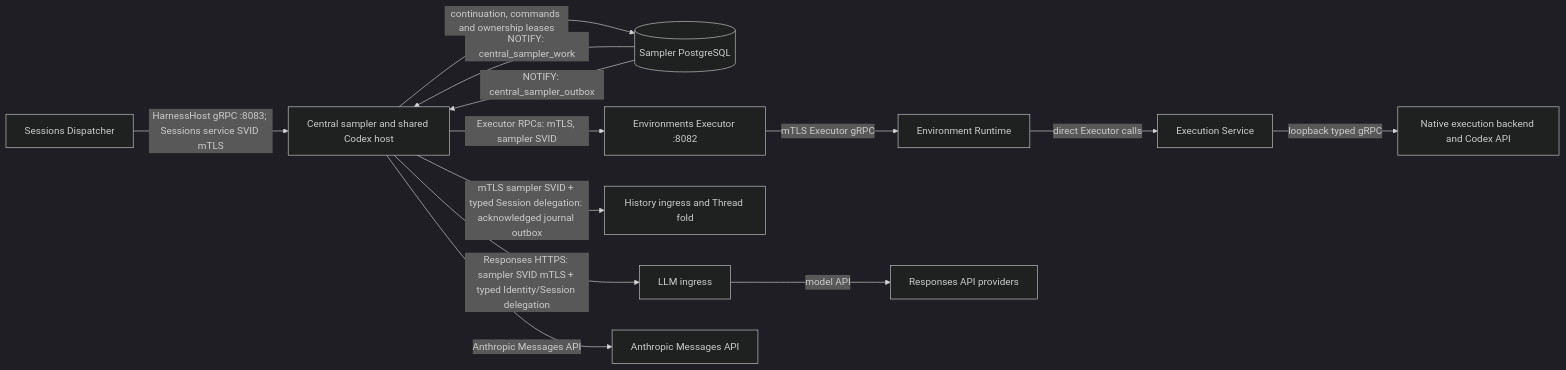
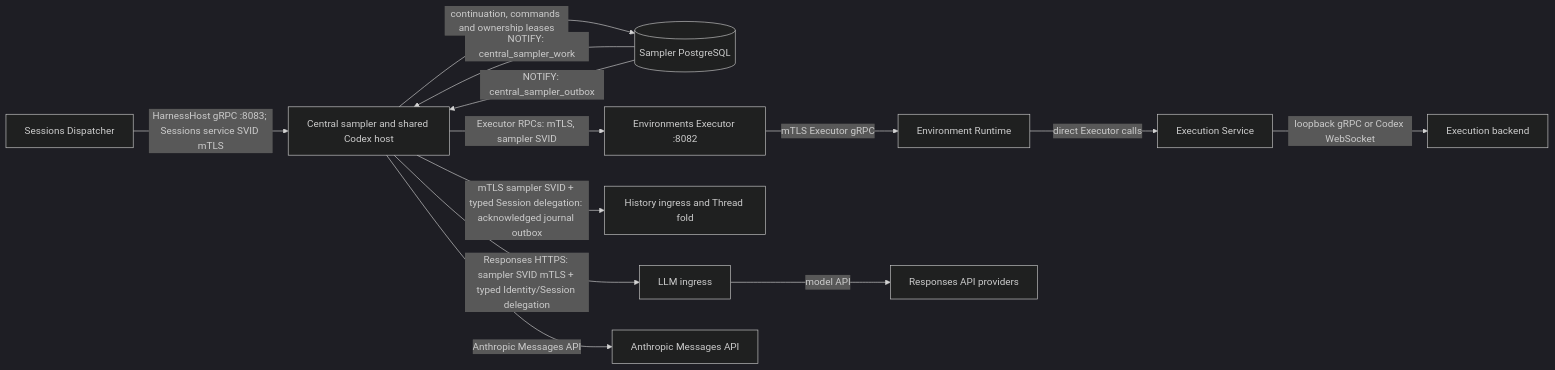
Before and after one commit to agentydragon/ducktape: the fourth of 18 diagrams in agentplane/docs/system_overview.md, drawn with Mermaid (dark theme). The commit also changed other lines of this file, not shown here.

Commit message:
Document selectable execution backends

````diff
--- a/agentplane/docs/system_overview.md
+++ b/agentplane/docs/system_overview.md
@@ -399,25 +400,25 @@
 ```mermaid
 flowchart LR
     dispatcher[Sessions Dispatcher]
     sampler[Central sampler and shared Codex host]
     db[(Sampler PostgreSQL)]
     proxy[Environments Executor :8082]
     runtime[Environment Runtime]
     execution[Execution Service]
-    executor[Native execution backend and Codex API]
+    executor[Execution backend]
     history[History ingress and Thread fold]
     llm[LLM ingress]
     responses[Responses API providers]
     anthropic[Anthropic Messages API]
     dispatcher -->|HarnessHost gRPC :8083; Sessions service SVID mTLS| sampler
     sampler -->|continuation, commands and ownership leases| db
     db -->|NOTIFY: central_sampler_work| sampler
     db -->|NOTIFY: central_sampler_outbox| sampler
     sampler -->|Executor RPCs: mTLS, sampler SVID| proxy
     proxy -->|mTLS Executor gRPC| runtime
     runtime -->|direct Executor calls| execution
-    execution -->|loopback typed gRPC| executor
+    execution -->|loopback gRPC or Codex WebSocket| executor
     sampler -->|mTLS sampler SVID + typed Session delegation: acknowledged journal outbox| history
     sampler -->|Responses HTTPS: sampler SVID mTLS + typed Identity/Session delegation| llm -->|model API| responses
     sampler -->|Anthropic Messages API| anthropic
 ```
````
